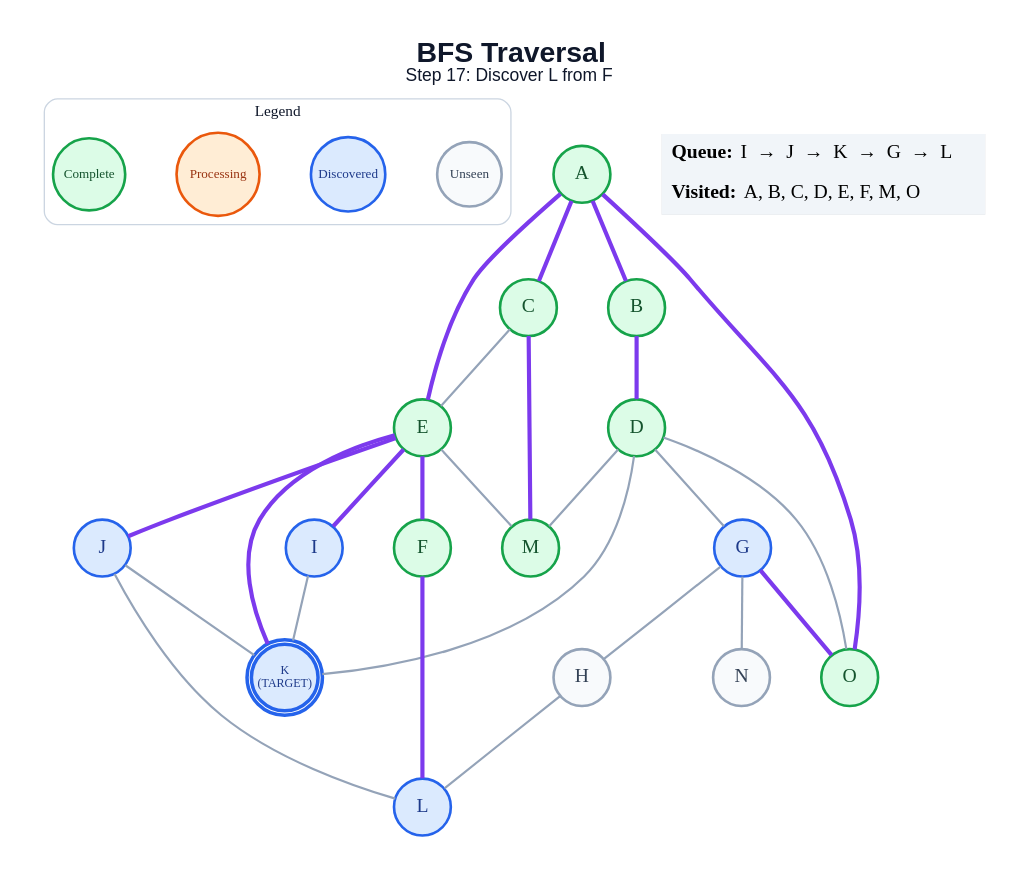
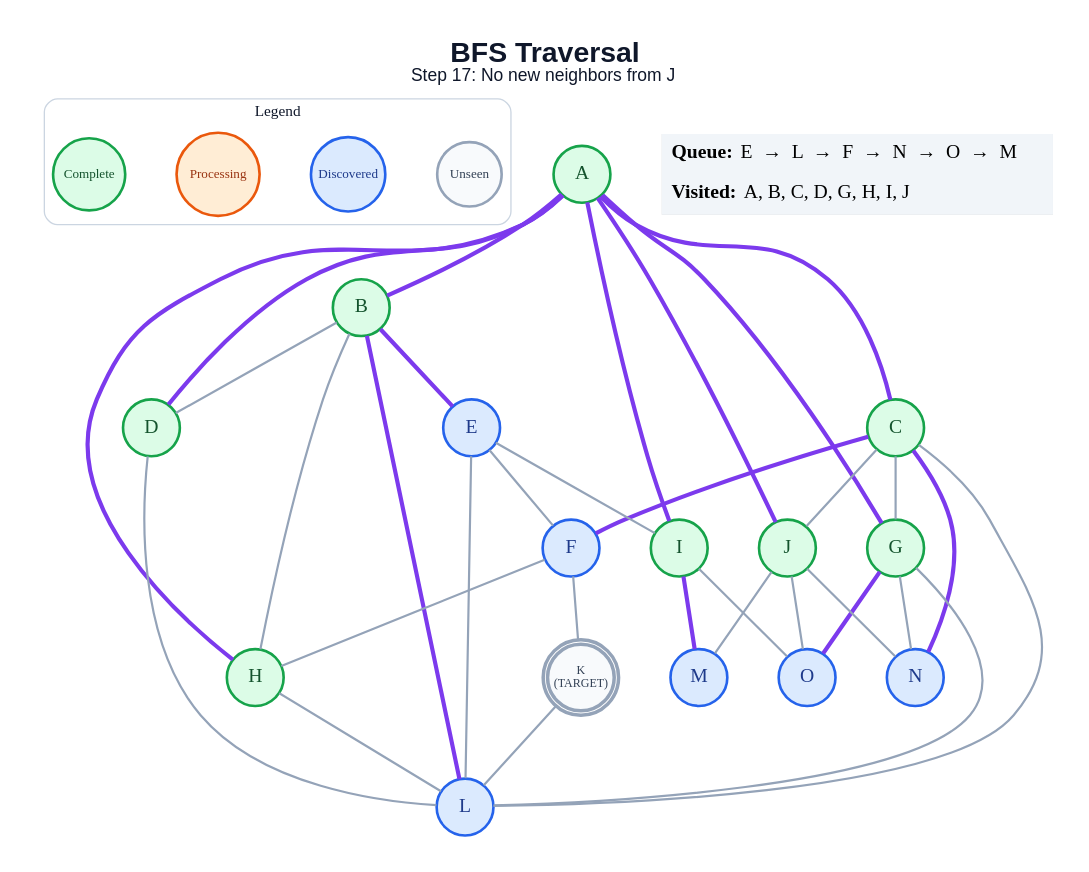
Before and after one commit to anon7238593-create/ai-slop: the diagram in generated/specific-node/bfs/step_17.dot, drawn with Graphviz. The commit also changed 285 other files, not shown here.

```diff
--- a/generated/specific-node/bfs/step_17.dot
+++ b/generated/specific-node/bfs/step_17.dot
@@ -1,58 +1,66 @@
 graph traversal {
   graph [layout=dot, rankdir=TB, bgcolor="#FFFFFF", pad="0.35", nodesep="0.65", ranksep="0.8", fontname="Arial"];
   node [shape=circle, style="filled", fontname="Arial Bold", fontsize=18, width=0.72, fixedsize=true, penwidth=2.4];
   edge [color="#94A3B8", penwidth=2.0];
-  label=<<B>BFS Traversal</B><BR/><FONT POINT-SIZE="16">Step 17: Discover L from F</FONT>>; labelloc="t"; fontsize=26; fontname="Arial"; fontcolor="#0F172A";
+  label=<<B>BFS Traversal</B><BR/><FONT POINT-SIZE="16">Step 17: No new neighbors from J</FONT>>; labelloc="t"; fontsize=26; fontname="Arial"; fontcolor="#0F172A";
   subgraph cluster_legend { label="Legend"; color="#CBD5E1"; penwidth=1.2; style="rounded"; fontsize=14; fontname="Arial Bold";
     key_unseen [label="Unseen", fillcolor="#F8FAFC", color="#94A3B8", fontcolor="#334155", fontsize=12, width=0.82];
     key_frontier [label="Discovered", fillcolor="#DBEAFE", color="#2563EB", fontcolor="#1E3A8A", fontsize=12, width=0.95];
     key_current [label="Processing", fillcolor="#FFEDD5", color="#EA580C", fontcolor="#9A3412", fontsize=12, width=1.05];
     key_done [label="Complete", fillcolor="#DCFCE7", color="#16A34A", fontcolor="#14532D", fontsize=12, width=0.92];
     { rank=same; key_unseen; key_frontier; key_current; key_done; }
   }
   A [label="A", fillcolor="#DCFCE7", color="#16A34A", fontcolor="#14532D", peripheries=1, penwidth=2.4];
   B [label="B", fillcolor="#DCFCE7", color="#16A34A", fontcolor="#14532D", peripheries=1, penwidth=2.4];
   C [label="C", fillcolor="#DCFCE7", color="#16A34A", fontcolor="#14532D", peripheries=1, penwidth=2.4];
   D [label="D", fillcolor="#DCFCE7", color="#16A34A", fontcolor="#14532D", peripheries=1, penwidth=2.4];
-  E [label="E", fillcolor="#DCFCE7", color="#16A34A", fontcolor="#14532D", peripheries=1, penwidth=2.4];
-  F [label="F", fillcolor="#DCFCE7", color="#16A34A", fontcolor="#14532D", peripheries=1, penwidth=2.4];
-  G [label="G", fillcolor="#DBEAFE", color="#2563EB", fontcolor="#1E3A8A", peripheries=1, penwidth=2.4];
-  H [label="H", fillcolor="#F8FAFC", color="#94A3B8", fontcolor="#334155", peripheries=1, penwidth=2.4];
-  I [label="I", fillcolor="#DBEAFE", color="#2563EB", fontcolor="#1E3A8A", peripheries=1, penwidth=2.4];
-  J [label="J", fillcolor="#DBEAFE", color="#2563EB", fontcolor="#1E3A8A", peripheries=1, penwidth=2.4];
-  K [label="K\n(TARGET)", fillcolor="#DBEAFE", color="#2563EB", fontcolor="#1E3A8A", peripheries=2, penwidth=3.2, fontsize=11, width=0.85, height=0.85];
+  E [label="E", fillcolor="#DBEAFE", color="#2563EB", fontcolor="#1E3A8A", peripheries=1, penwidth=2.4];
+  F [label="F", fillcolor="#DBEAFE", color="#2563EB", fontcolor="#1E3A8A", peripheries=1, penwidth=2.4];
+  G [label="G", fillcolor="#DCFCE7", color="#16A34A", fontcolor="#14532D", peripheries=1, penwidth=2.4];
+  H [label="H", fillcolor="#DCFCE7", color="#16A34A", fontcolor="#14532D", peripheries=1, penwidth=2.4];
+  I [label="I", fillcolor="#DCFCE7", color="#16A34A", fontcolor="#14532D", peripheries=1, penwidth=2.4];
+  J [label="J", fillcolor="#DCFCE7", color="#16A34A", fontcolor="#14532D", peripheries=1, penwidth=2.4];
+  K [label="K\n(TARGET)", fillcolor="#F8FAFC", color="#94A3B8", fontcolor="#334155", peripheries=2, penwidth=3.2, fontsize=11, width=0.85, height=0.85];
   L [label="L", fillcolor="#DBEAFE", color="#2563EB", fontcolor="#1E3A8A", peripheries=1, penwidth=2.4];
-  M [label="M", fillcolor="#DCFCE7", color="#16A34A", fontcolor="#14532D", peripheries=1, penwidth=2.4];
-  N [label="N", fillcolor="#F8FAFC", color="#94A3B8", fontcolor="#334155", peripheries=1, penwidth=2.4];
-  O [label="O", fillcolor="#DCFCE7", color="#16A34A", fontcolor="#14532D", peripheries=1, penwidth=2.4];
+  M [label="M", fillcolor="#DBEAFE", color="#2563EB", fontcolor="#1E3A8A", peripheries=1, penwidth=2.4];
+  N [label="N", fillcolor="#DBEAFE", color="#2563EB", fontcolor="#1E3A8A", peripheries=1, penwidth=2.4];
+  O [label="O", fillcolor="#DBEAFE", color="#2563EB", fontcolor="#1E3A8A", peripheries=1, penwidth=2.4];
   A -- B [color="#7C3AED", penwidth=3.8];
   A -- C [color="#7C3AED", penwidth=3.8];
-  A -- E [color="#7C3AED", penwidth=3.8];
-  A -- O [color="#7C3AED", penwidth=3.8];
-  B -- D [color="#7C3AED", penwidth=3.8];
-  C -- E;
-  C -- M [color="#7C3AED", penwidth=3.8];
-  D -- G;
-  D -- K;
-  D -- M;
-  D -- O;
-  E -- F [color="#7C3AED", penwidth=3.8];
-  E -- I [color="#7C3AED", penwidth=3.8];
-  E -- J [color="#7C3AED", penwidth=3.8];
-  E -- K [color="#7C3AED", penwidth=3.8];
-  E -- M;
-  F -- L [color="#7C3AED", penwidth=3.8];
-  G -- H;
+  A -- D [color="#7C3AED", penwidth=3.8];
+  A -- G [color="#7C3AED", penwidth=3.8];
+  A -- H [color="#7C3AED", penwidth=3.8];
+  A -- I [color="#7C3AED", penwidth=3.8];
+  A -- J [color="#7C3AED", penwidth=3.8];
+  B -- D;
+  B -- E [color="#7C3AED", penwidth=3.8];
+  B -- H;
+  B -- L [color="#7C3AED", penwidth=3.8];
+  C -- F [color="#7C3AED", penwidth=3.8];
+  C -- G;
+  C -- J;
+  C -- L;
+  C -- N [color="#7C3AED", penwidth=3.8];
+  D -- L;
+  E -- F;
+  E -- I;
+  E -- L;
+  F -- H;
+  F -- K;
+  G -- L;
   G -- N;
   G -- O [color="#7C3AED", penwidth=3.8];
   H -- L;
-  I -- K;
-  J -- K;
-  J -- L;
+  I -- M [color="#7C3AED", penwidth=3.8];
+  I -- O;
+  J -- M;
+  J -- N;
+  J -- O;
+  K -- L;
   status [shape=plain, fixedsize=false, width=0, height=0, margin=0, label=<
     <TABLE BORDER="0" CELLBORDER="0" CELLPADDING="7" BGCOLOR="#F1F5F9">
-      <TR><TD ALIGN="LEFT"><B>Queue:</B> I  →  J  →  K  →  G  →  L</TD></TR>
-      <TR><TD ALIGN="LEFT"><B>Visited:</B> A, B, C, D, E, F, M, O</TD></TR>
+      <TR><TD ALIGN="LEFT"><B>Queue:</B> E  →  L  →  F  →  N  →  O  →  M</TD></TR>
+      <TR><TD ALIGN="LEFT"><B>Visited:</B> A, B, C, D, G, H, I, J</TD></TR>
     </TABLE>
   >];
 }
```
